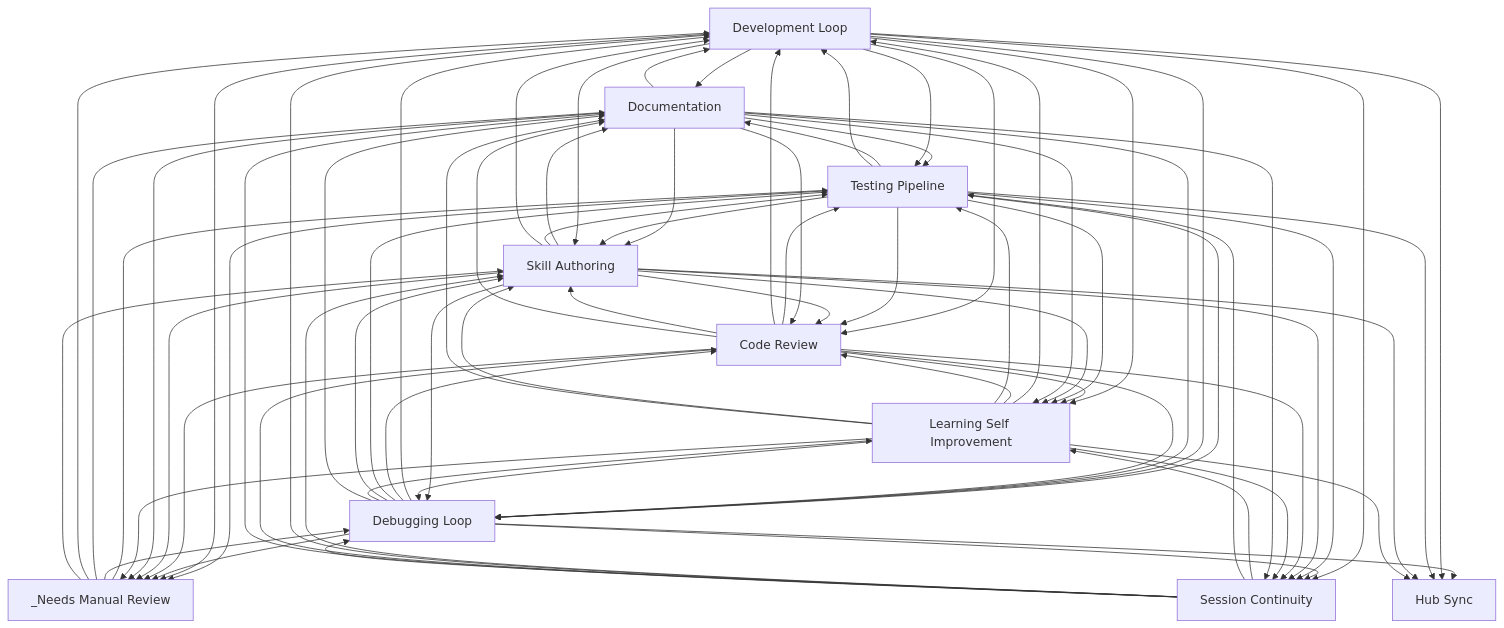
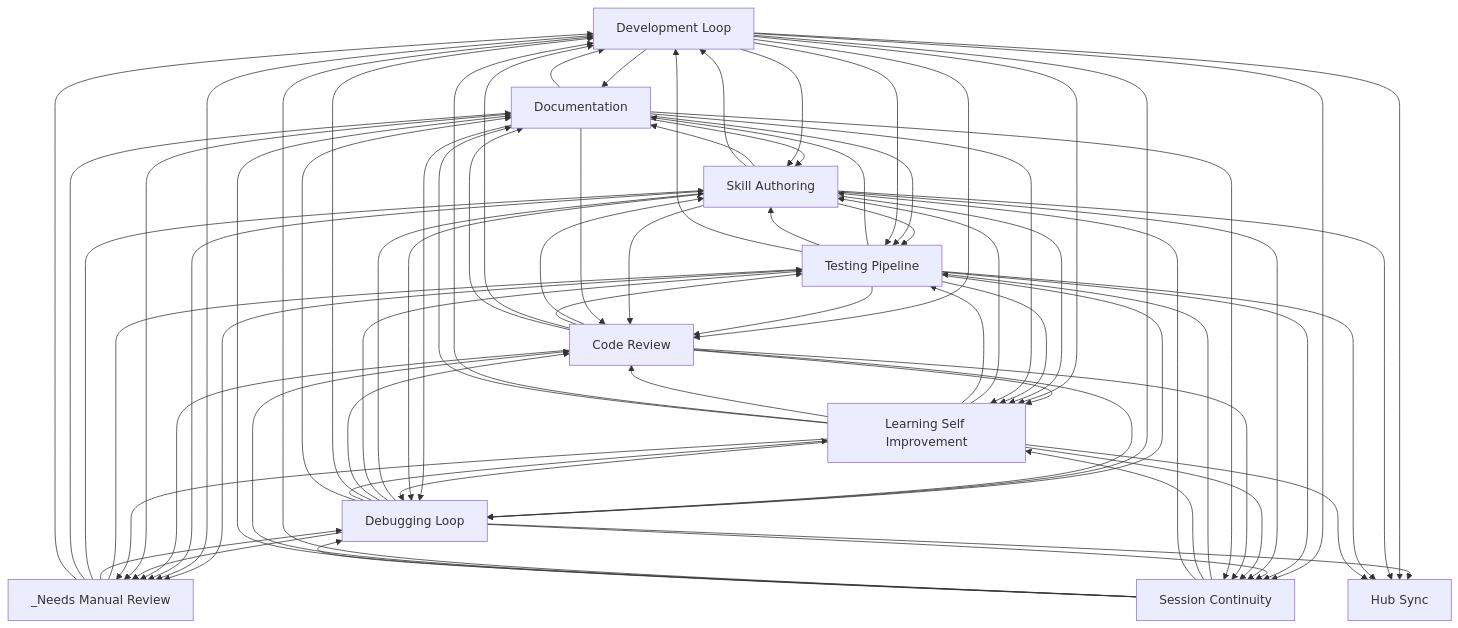
One commit to abhayla/claude-best-practices changed the diagram in docs/workflows/INDEX.md. Above: the diagram before and after it, drawn with Mermaid. The commit also changed other lines of this file and 12 other files, not shown here.

```diff
--- a/docs/workflows/INDEX.md
+++ b/docs/workflows/INDEX.md
@@ -31,67 +31,67 @@
     documentation[Documentation]
     hub_sync[Hub Sync]
     _needs_manual_review[_Needs Manual Review]
+    skill_authoring --> documentation
     testing_pipeline --> documentation
     development_loop --> documentation
-    skill_authoring --> documentation
+    skill_authoring --> testing_pipeline
+    documentation --> skill_authoring
     documentation --> testing_pipeline
-    documentation --> skill_authoring
     testing_pipeline --> skill_authoring
+    development_loop --> skill_authoring
     development_loop --> testing_pipeline
-    development_loop --> skill_authoring
-    skill_authoring --> testing_pipeline
-    development_loop --> code_review
+    code_review --> skill_authoring
     code_review --> testing_pipeline
     code_review --> development_loop
-    code_review --> skill_authoring
+    development_loop --> code_review
+    code_review --> learning_self_improvement
     development_loop --> learning_self_improvement
-    code_review --> learning_self_improvement
+    testing_pipeline --> code_review
     testing_pipeline --> debugging_loop
     testing_pipeline --> development_loop
-    testing_pipeline --> code_review
+    debugging_loop --> skill_authoring
+    debugging_loop --> testing_pipeline
+    debugging_loop --> code_review
     debugging_loop --> development_loop
-    debugging_loop --> code_review
-    debugging_loop --> testing_pipeline
-    debugging_loop --> skill_authoring
     development_loop --> debugging_loop
     documentation --> development_loop
+    skill_authoring --> code_review
     skill_authoring --> development_loop
-    skill_authoring --> code_review
+    skill_authoring --> learning_self_improvement
     testing_pipeline --> learning_self_improvement
-    skill_authoring --> learning_self_improvement
     testing_pipeline --> _needs_manual_review
     development_loop --> _needs_manual_review
+    code_review --> debugging_loop
+    documentation --> code_review
     documentation --> debugging_loop
-    documentation --> code_review
-    code_review --> debugging_loop
     code_review --> documentation
+    session_continuity --> testing_pipeline
     session_continuity --> learning_self_improvement
-    session_continuity --> testing_pipeline
     development_loop --> session_continuity
     _needs_manual_review --> testing_pipeline
+    testing_pipeline --> session_continuity
+    debugging_loop --> learning_self_improvement
     debugging_loop --> session_continuity
-    debugging_loop --> learning_self_improvement
-    testing_pipeline --> session_continuity
     debugging_loop --> documentation
     documentation --> learning_self_improvement
     skill_authoring --> session_continuity
     skill_authoring --> debugging_loop
     _needs_manual_review --> debugging_loop
+    learning_self_improvement --> skill_authoring
+    learning_self_improvement --> testing_pipeline
+    learning_self_improvement --> code_review
     learning_self_improvement --> debugging_loop
     learning_self_improvement --> development_loop
-    learning_self_improvement --> code_review
-    learning_self_improvement --> testing_pipeline
-    learning_self_improvement --> skill_authoring
     debugging_loop --> hub_sync
     development_loop --> hub_sync
+    skill_authoring --> _needs_manual_review
+    code_review --> _needs_manual_review
     debugging_loop --> _needs_manual_review
-    code_review --> _needs_manual_review
-    skill_authoring --> _needs_manual_review
+    _needs_manual_review --> skill_authoring
     _needs_manual_review --> documentation
     _needs_manual_review --> development_loop
-    _needs_manual_review --> skill_authoring
+    learning_self_improvement --> session_continuity
     code_review --> session_continuity
-    learning_self_improvement --> session_continuity
     documentation --> _needs_manual_review
     session_continuity --> skill_authoring
     learning_self_improvement --> documentation
@@ -99,8 +99,8 @@
     session_continuity --> debugging_loop
     session_continuity --> code_review
     session_continuity --> documentation
+    skill_authoring --> hub_sync
     testing_pipeline --> hub_sync
-    skill_authoring --> hub_sync
     learning_self_improvement --> hub_sync
     learning_self_improvement --> _needs_manual_review
     documentation --> session_continuity
```
